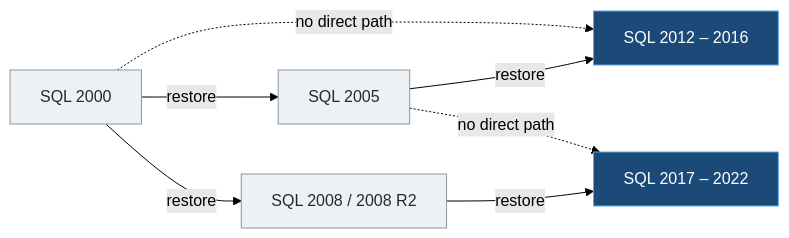
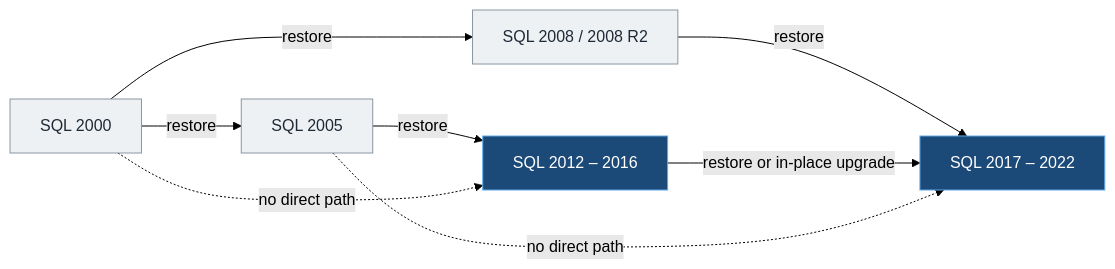
Before and after one commit to theoneakta/ansible: the fourth of 6 diagrams in migration-governance/README.md, drawn with Mermaid (forest theme). The commit also changed other lines of this file and 1 other file, not shown here.

````diff
--- a/migration-governance/README.md
+++ b/migration-governance/README.md
@@ -427,14 +483,15 @@
 ```mermaid
 flowchart LR
     S2000["SQL 2000"] -- "restore" --> S2005["SQL 2005"]
     S2000 -- "restore" --> S2008["SQL 2008 / 2008 R2"]
     S2005 -- "restore" --> S2012["SQL 2012 – 2016"]
     S2008 -- "restore" --> S2017["SQL 2017 – 2022"]
+    S2012 -- "restore or in-place upgrade" --> S2017
     S2000 -. "no direct path" .-> S2012
     S2005 -. "no direct path" .-> S2017
 
     classDef legacy fill:#eef1f4,stroke:#8a96a3,color:#1f2a36
     classDef target fill:#1b4a78,stroke:#5fa8e8,color:#ffffff
     class S2000,S2005,S2008 legacy
     class S2012,S2017 target
 ```
````
